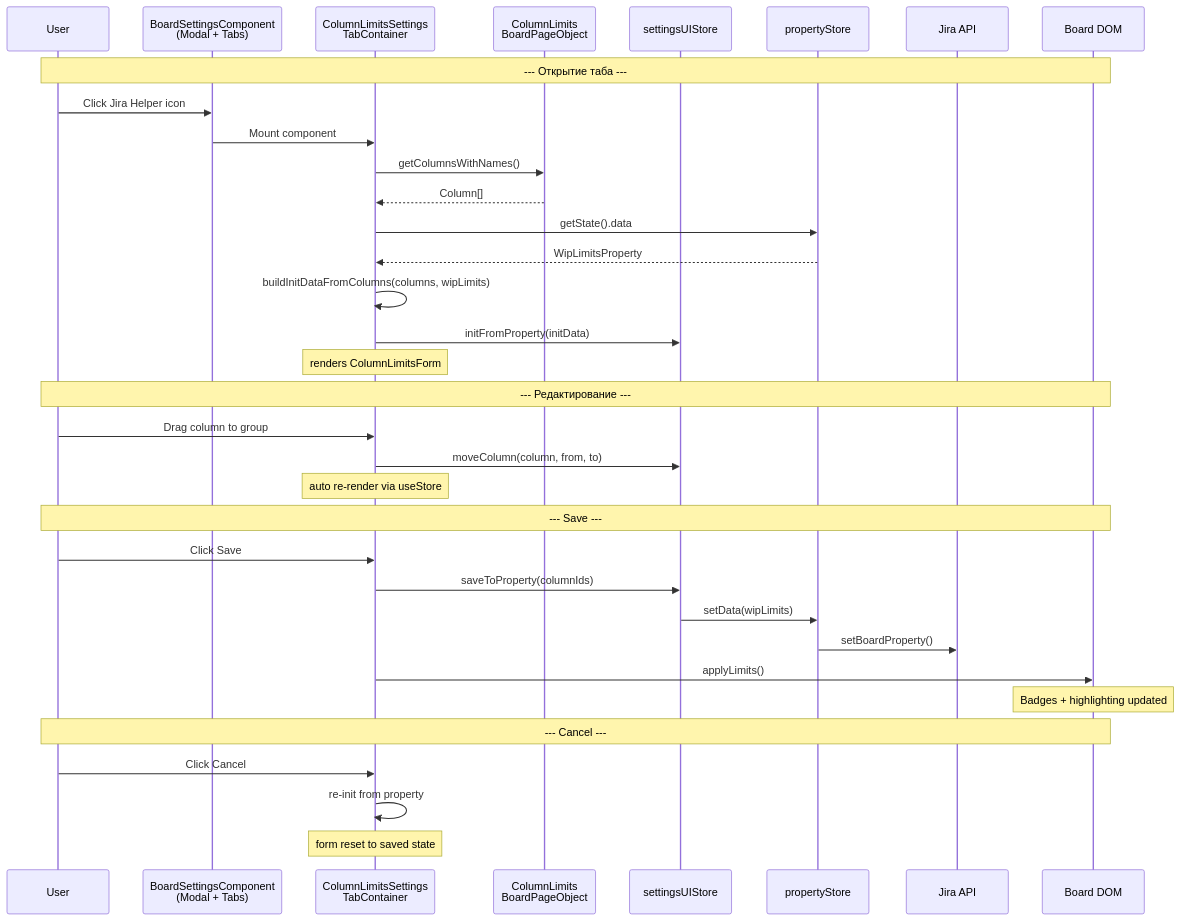
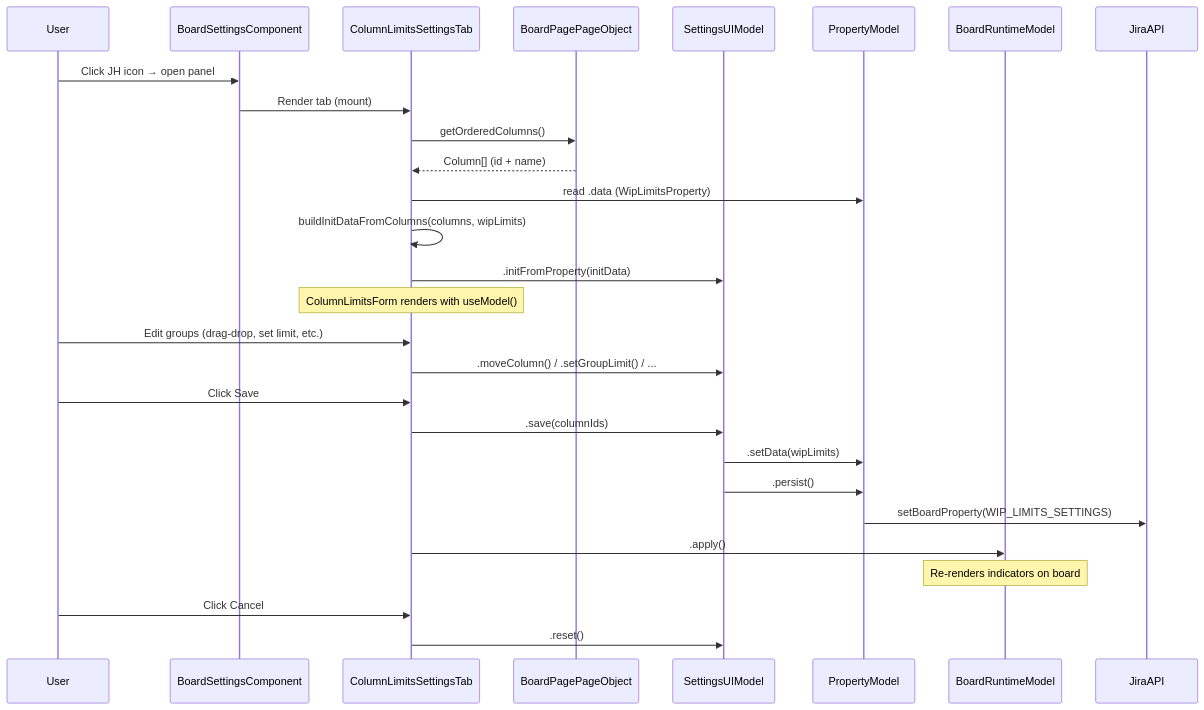
One commit to jira-helper/jira-helper changed the second of 3 diagrams in .agents/tasks/column-wip-inline/target-design.md. Above: the diagram before and after it, drawn with Mermaid. The commit also changed other lines of this file and 48 other files, not shown here.

First line of the commit message:
[#230] feat(column-limits): add CONWIP settings tab to board page Jira Helper panel

````diff
--- a/.agents/tasks/column-wip-inline/target-design.md
+++ b/.agents/tasks/column-wip-inline/target-design.md
@@ -86,40 +81,37 @@
 ```mermaid
 sequenceDiagram
     participant User
-    participant BSModal as BoardSettingsComponent<br/>(Modal + Tabs)
-    participant TabContainer as ColumnLimitsSettings<br/>TabContainer
-    participant PageObj as ColumnLimits<br/>BoardPageObject
-    participant UIStore as settingsUIStore
-    participant PropStore as propertyStore
-    participant JiraAPI as Jira API
-    participant Board as Board DOM
+    participant BoardSettingsComponent
+    participant ColumnLimitsSettingsTab
+    participant BoardPagePageObject
+    participant SettingsUIModel
+    participant PropertyModel
+    participant BoardRuntimeModel
+    participant JiraAPI
 
-    Note over User,Board: --- Открытие таба ---
-    User->>BSModal: Click Jira Helper icon
-    BSModal->>TabContainer: Mount component
-    TabContainer->>PageObj: getColumnsWithNames()
-    PageObj-->>TabContainer: Column[]
-    TabContainer->>PropStore: getState().data
-    PropStore-->>TabContainer: WipLimitsProperty
-    TabContainer->>TabContainer: buildInitDataFromColumns(columns, wipLimits)
-    TabContainer->>UIStore: initFromProperty(initData)
-    Note over TabContainer: renders ColumnLimitsForm
+    User->>BoardSettingsComponent: Click JH icon → open panel
+    BoardSettingsComponent->>ColumnLimitsSettingsTab: Render tab (mount)
 
-    Note over User,Board: --- Редактирование ---
-    User->>TabContainer: Drag column to group
-    TabContainer->>UIStore: moveColumn(column, from, to)
-    Note over TabContainer: auto re-render via useStore
+    ColumnLimitsSettingsTab->>BoardPagePageObject: getOrderedColumns()
+    BoardPagePageObject-->>ColumnLimitsSettingsTab: Column[] (id + name)
 
-    Note over User,Board: --- Save ---
-    User->>TabContainer: Click Save
-    TabContainer->>UIStore: saveToProperty(columnIds)
-    UIStore->>PropStore: setData(wipLimits)
-    PropStore->>JiraAPI: setBoardProperty()
-    TabContainer->>Board: applyLimits()
-    Note over Board: Badges + highlighting updated
+    ColumnLimitsSettingsTab->>PropertyModel: read .data (WipLimitsProperty)
+    ColumnLimitsSettingsTab->>ColumnLimitsSettingsTab: buildInitDataFromColumns(columns, wipLimits)
+    ColumnLimitsSettingsTab->>SettingsUIModel: .initFromProperty(initData)
 
-    Note over User,Board: --- Cancel ---
-    User->>TabContainer: Click Cancel
-    TabContainer->>TabContainer: re-init from property
-    Note over TabContainer: form reset to saved state
+    Note over ColumnLimitsSettingsTab: ColumnLimitsForm renders with useModel()
+
+    User->>ColumnLimitsSettingsTab: Edit groups (drag-drop, set limit, etc.)
+    ColumnLimitsSettingsTab->>SettingsUIModel: .moveColumn() / .setGroupLimit() / ...
+
+    User->>ColumnLimitsSettingsTab: Click Save
+    ColumnLimitsSettingsTab->>SettingsUIModel: .save(columnIds)
+    SettingsUIModel->>PropertyModel: .setData(wipLimits)
+    SettingsUIModel->>PropertyModel: .persist()
+    PropertyModel->>JiraAPI: setBoardProperty(WIP_LIMITS_SETTINGS)
+    ColumnLimitsSettingsTab->>BoardRuntimeModel: .apply()
+    Note over BoardRuntimeModel: Re-renders indicators on board
+
+    User->>ColumnLimitsSettingsTab: Click Cancel
+    ColumnLimitsSettingsTab->>SettingsUIModel: .reset()
 ```
````
